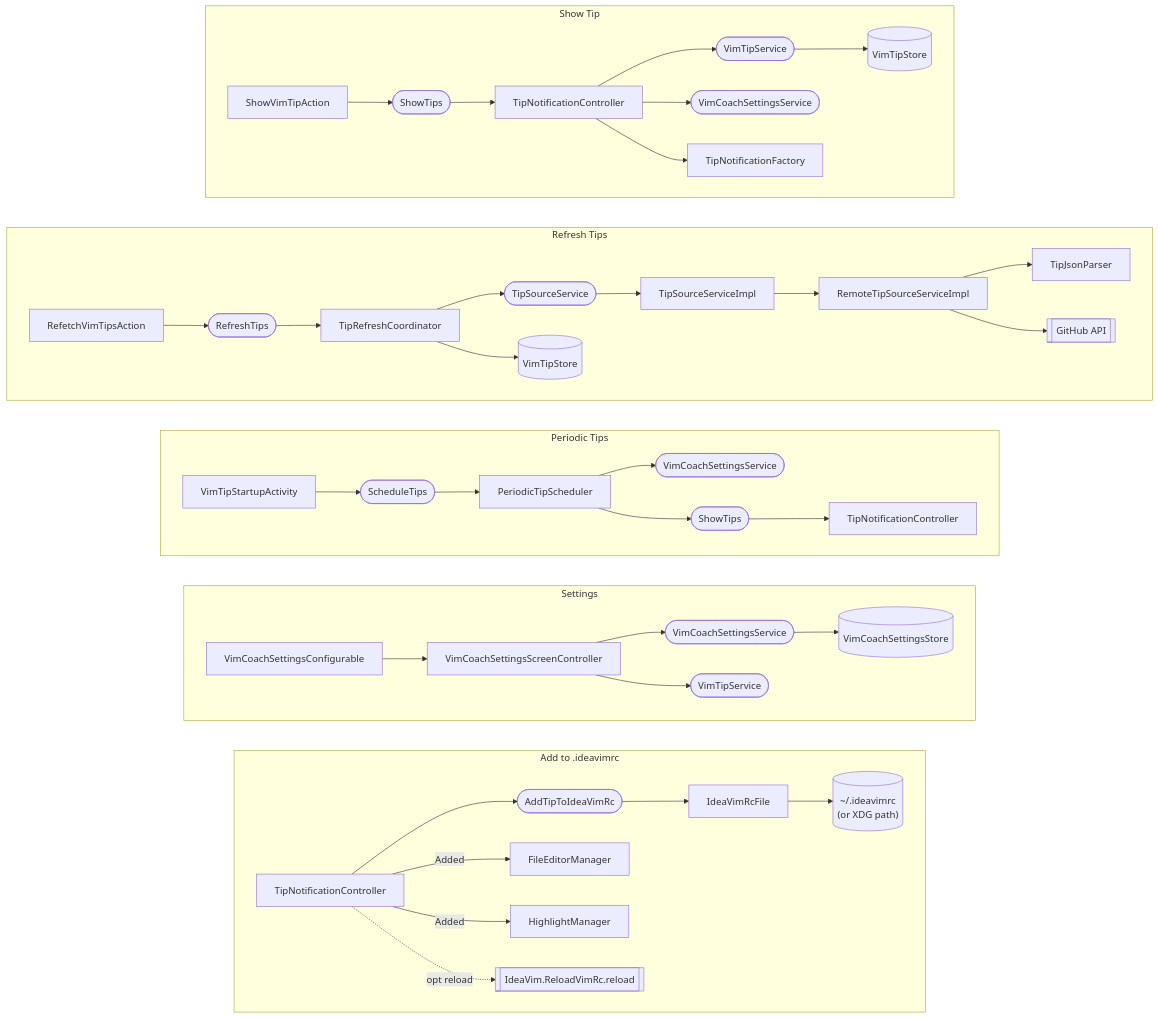
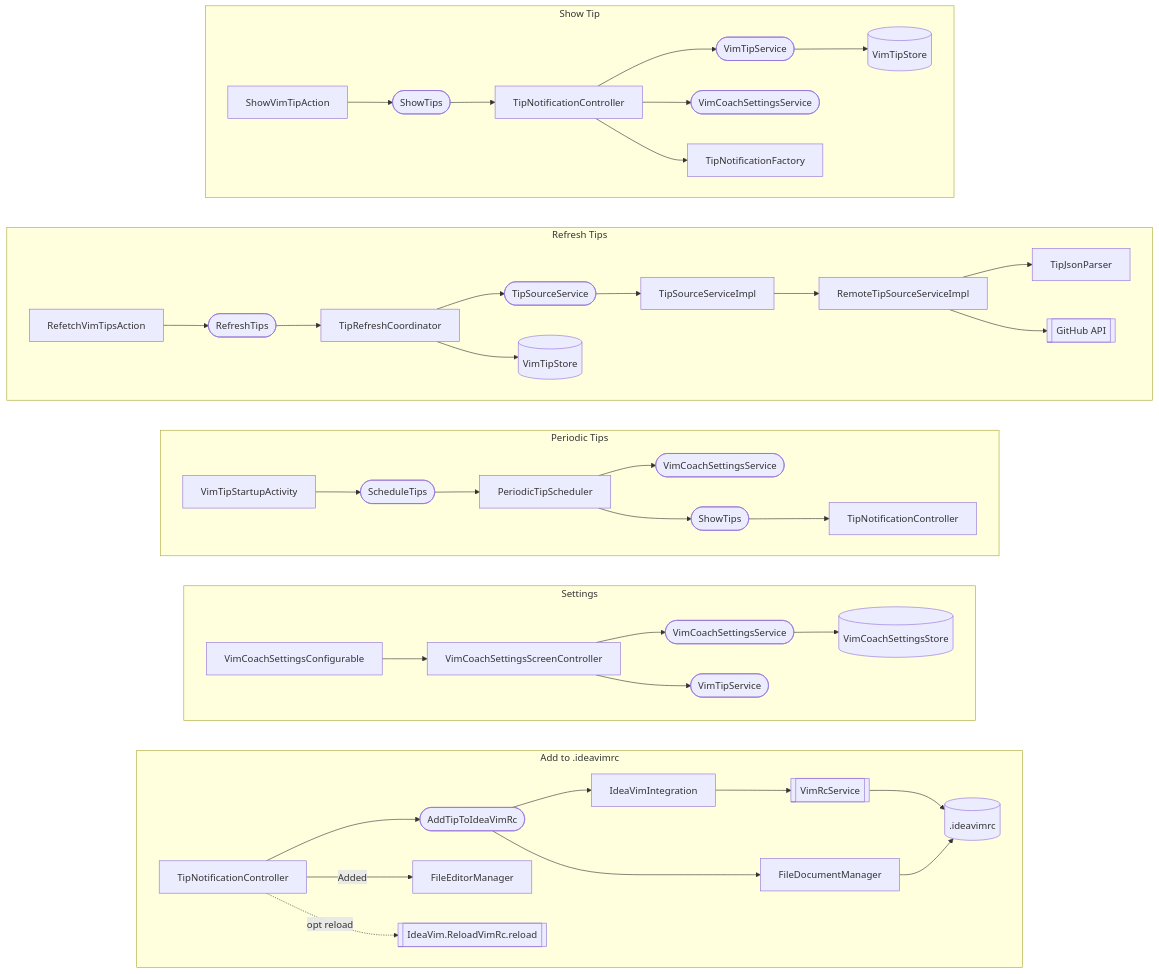
One commit to pooryam92/vim-coach changed the diagram in docs/architecture/slices.md. Above: the diagram before and after it, drawn with Mermaid. The commit also changed 87 other files, not shown here.

````diff
--- a/docs/architecture/slices.md
+++ b/docs/architecture/slices.md
@@ -5,74 +5,76 @@
 ```mermaid
 graph TD
     subgraph showTip["Show Tip"]
         direction LR
         A1[ShowVimTipAction]
         A2([ShowTips])
         A3[TipNotificationController]
         A4([VimTipService])
         A5([VimCoachSettingsService])
         A6[TipNotificationFactory]
         A7[(VimTipStore)]
         A1 --> A2 --> A3
         A3 --> A4 & A5 & A6
         A4 --> A7
     end
 
     subgraph refresh["Refresh Tips"]
         direction LR
         B1[RefetchVimTipsAction]
         B2([RefreshTips])
         B3[TipRefreshCoordinator]
         B4([TipSourceService])
         B5[TipSourceServiceImpl]
         B6[RemoteTipSourceServiceImpl]
         B7[TipJsonParser]
         B8[[GitHub API]]
         B9[(VimTipStore)]
         B1 --> B2 --> B3
         B3 --> B4 & B9
         B4 --> B5 --> B6
         B6 --> B7 & B8
     end
 
     subgraph periodic["Periodic Tips"]
         direction LR
         C1[VimTipStartupActivity]
         C2([ScheduleTips])
         C3[PeriodicTipScheduler]
         C4([VimCoachSettingsService])
         C5([ShowTips])
         C6[TipNotificationController]
         C1 --> C2 --> C3
         C3 --> C4 & C5
         C5 --> C6
     end
 
     subgraph settings["Settings"]
         direction LR
         D1[VimCoachSettingsConfigurable]
         D2[VimCoachSettingsScreenController]
         D3([VimCoachSettingsService])
         D4([VimTipService])
         D5[(VimCoachSettingsStore)]
         D1 --> D2
         D2 --> D3 & D4
         D3 --> D5
     end
 
     subgraph ideavimrc["Add to .ideavimrc"]
         direction LR
         E1[TipNotificationController]
         E2([AddTipToIdeaVimRc])
-        E3[IdeaVimRcFile]
-        E4[("~/.ideavimrc\n(or XDG path)")]
-        E5[FileEditorManager]
-        E6[HighlightManager]
-        E7[[IdeaVim.ReloadVimRc.reload]]
-        E1 --> E2 --> E3 --> E4
-        E1 -->|Added| E5 & E6
-        E1 -.->|opt reload| E7
+        E3[IdeaVimIntegration]
+        E4[[VimRcService]]
+        E5[(.ideavimrc)]
+        E6[FileDocumentManager]
+        E7[FileEditorManager]
+        E8[[IdeaVim.ReloadVimRc.reload]]
+        E1 --> E2 --> E3 --> E4 --> E5
+        E2 --> E6 --> E5
+        E1 -->|Added| E7
+        E1 -.->|opt reload| E8
     end
 
     showTip ~~~ refresh ~~~ periodic ~~~ settings ~~~ ideavimrc
 ```
````
